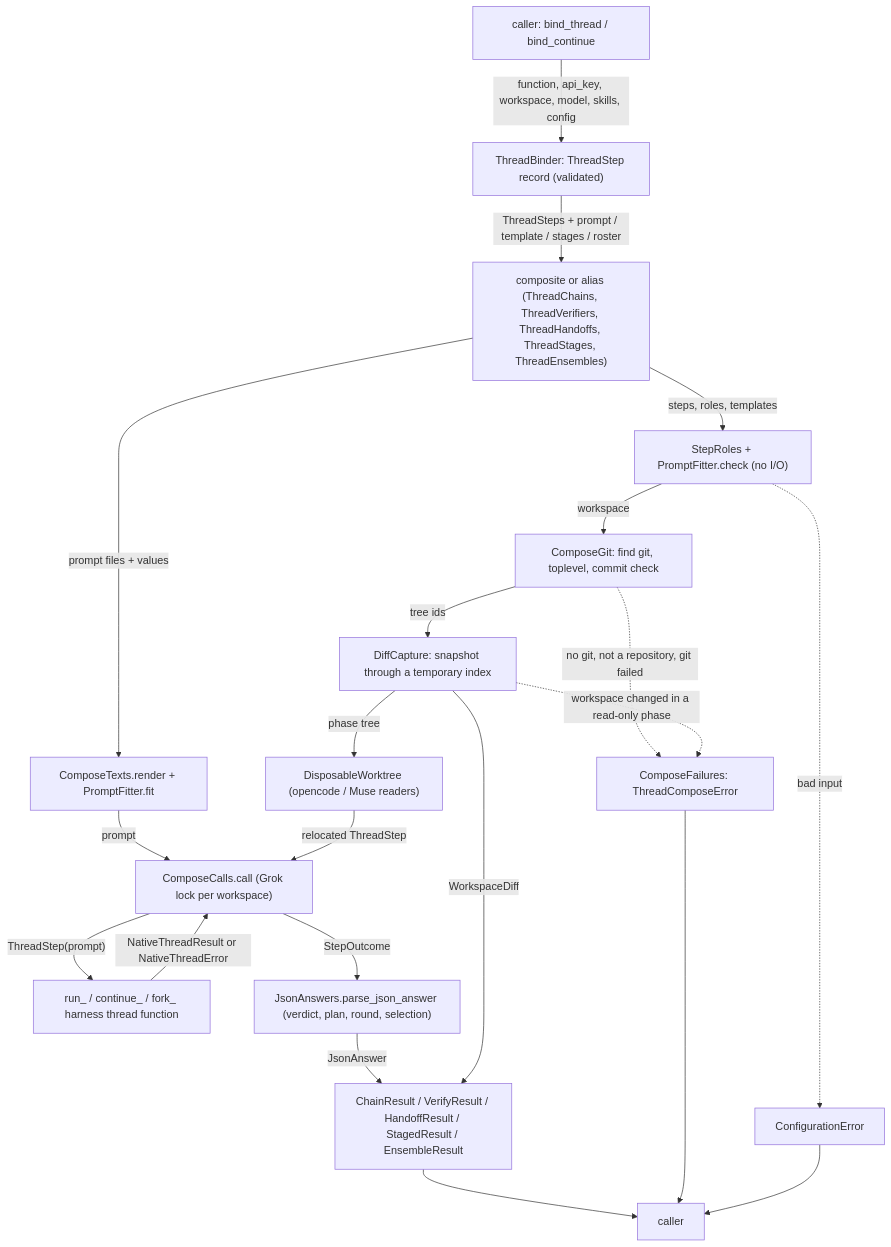
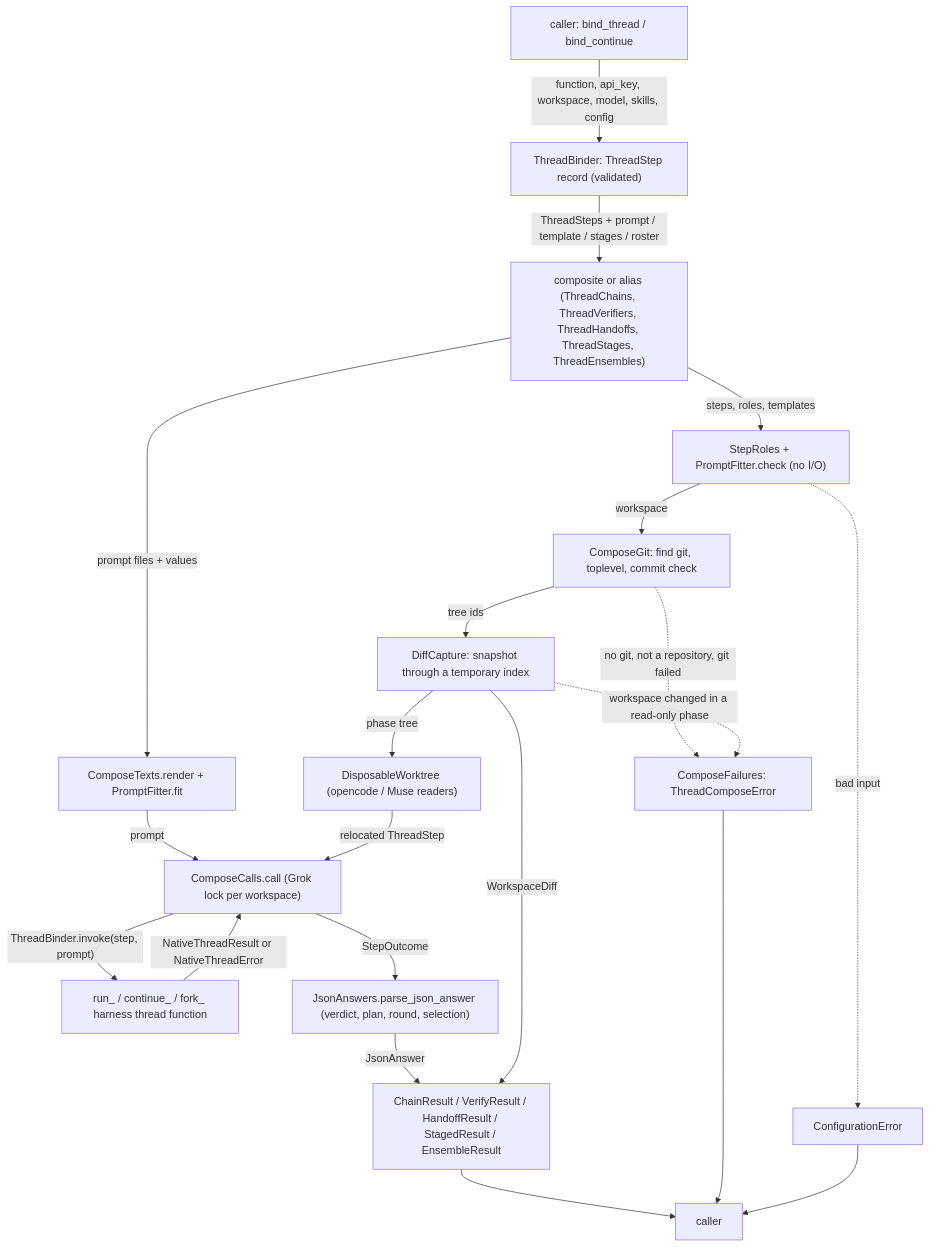
One commit to cerredz/Vidbyte-SDK changed the first of 2 diagrams in docs/spec/native-thread-compose/spec.md. Above: the diagram before and after it, drawn with Mermaid. The commit also changed other lines of this file and 1 other file, not shown here.

First line of the commit message:
docs(spec): revise native-thread-compose spec r3 (review round 2, R-12 to R-17)

````diff
--- a/docs/spec/native-thread-compose/spec.md
+++ b/docs/spec/native-thread-compose/spec.md
@@ -141,23 +141,23 @@
 ```mermaid
 flowchart TD
   A["caller: bind_thread / bind_continue"] -->|"function, api_key, workspace, model, skills, config"| B["ThreadBinder: ThreadStep record (validated)"]
   B -->|"ThreadSteps + prompt / template / stages / roster"| C["composite or alias (ThreadChains, ThreadVerifiers, ThreadHandoffs, ThreadStages, ThreadEnsembles)"]
   C -->|"steps, roles, templates"| V["StepRoles + PromptFitter.check (no I/O)"]
   V -->|"workspace"| G["ComposeGit: find git, toplevel, commit check"]
   G -->|"tree ids"| S["DiffCapture: snapshot through a temporary index"]
   S -->|"phase tree"| W["DisposableWorktree (opencode / Muse readers)"]
   C -->|"prompt files + values"| P["ComposeTexts.render + PromptFitter.fit"]
   P -->|"prompt"| K["ComposeCalls.call (Grok lock per workspace)"]
   W -->|"relocated ThreadStep"| K
-  K -->|"ThreadStep(prompt)"| N["run_ / continue_ / fork_ harness thread function"]
+  K -->|"ThreadBinder.invoke(step, prompt)"| N["run_ / continue_ / fork_ harness thread function"]
   N -->|"NativeThreadResult or NativeThreadError"| K
   K -->|"StepOutcome"| J["JsonAnswers.parse_json_answer (verdict, plan, round, selection)"]
   J -->|"JsonAnswer"| R["ChainResult / VerifyResult / HandoffResult / StagedResult / EnsembleResult"]
   S -->|"WorkspaceDiff"| R
   R --> Z["caller"]
   V -. "bad input" .-> Y["ConfigurationError"]
   G -. "no git, not a repository, git failed" .-> X["ComposeFailures: ThreadComposeError"]
   S -. "workspace changed in a read-only phase" .-> X
   X --> Z
   Y --> Z
 ```
````
